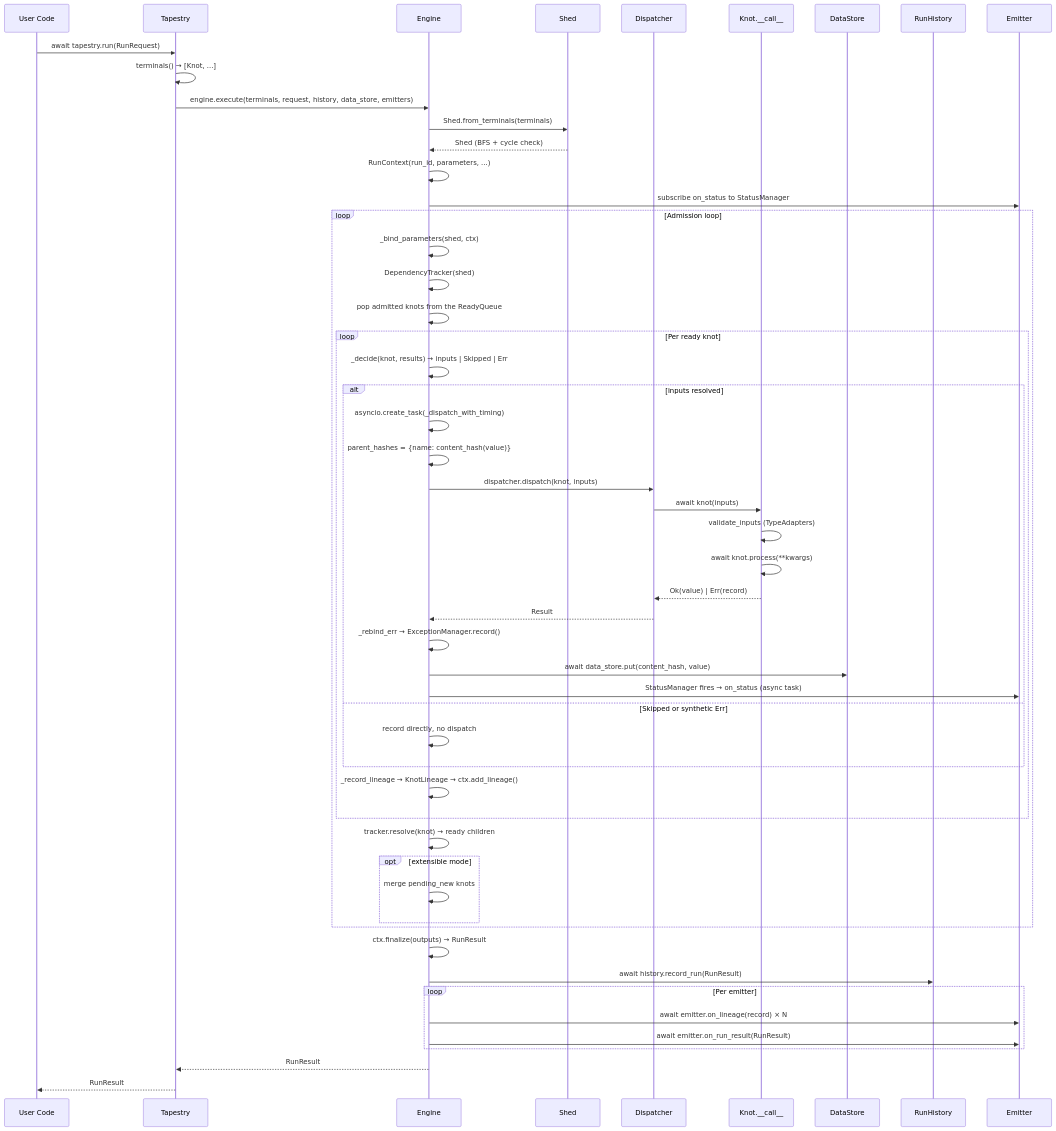
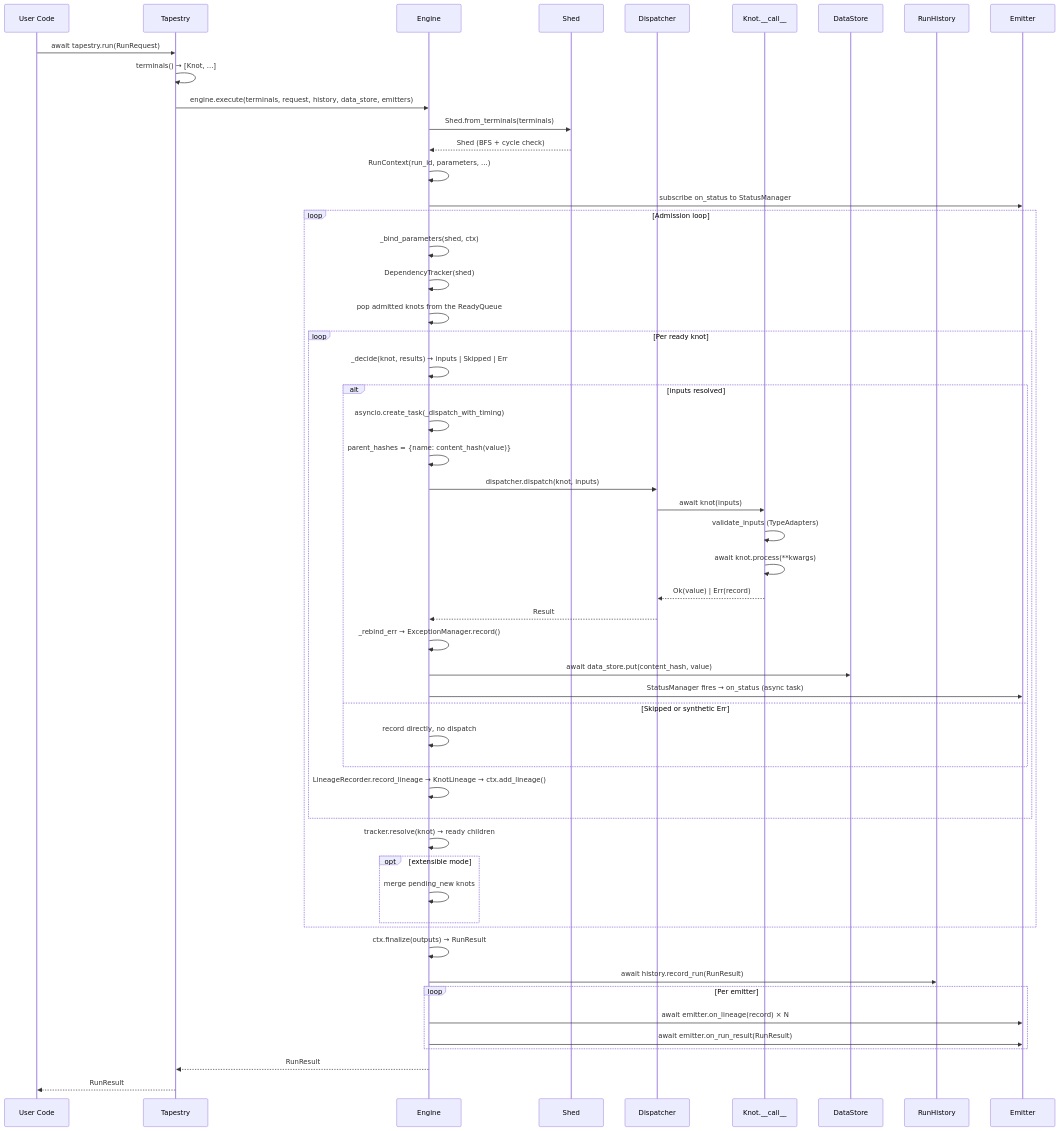
The second of 3 diagrams in docs/architecture.md (snoodleboot-io/pirn), drawn with Mermaid before and after one commit. The commit also changed other lines of this file and 8 other files, not shown here.

First line of the commit message:
refactor(core): extract LineageRecorder and EmitterFanout from Engine (PIR-856)

````diff
--- a/docs/architecture.md
+++ b/docs/architecture.md
@@ -1232,60 +1232,60 @@
 ```mermaid
 sequenceDiagram
     participant U as User Code
     participant T as Tapestry
     participant E as Engine
     participant S as Shed
     participant D as Dispatcher
     participant K as Knot.__call__
     participant DS as DataStore
     participant H as RunHistory
     participant EM as Emitter
 
     U->>T: await tapestry.run(RunRequest)
     T->>T: terminals() → [Knot, ...]
     T->>E: engine.execute(terminals, request, history, data_store, emitters)
     E->>S: Shed.from_terminals(terminals)
     S-->>E: Shed (BFS + cycle check)
     E->>E: RunContext(run_id, parameters, ...)
     E->>EM: subscribe on_status to StatusManager
 
     loop Admission loop
         E->>E: _bind_parameters(shed, ctx)
         E->>E: DependencyTracker(shed)
         E->>E: pop admitted knots from the ReadyQueue
 
         loop Per ready knot
             E->>E: _decide(knot, results) → inputs | Skipped | Err
             alt inputs resolved
                 E->>E: asyncio.create_task(_dispatch_with_timing)
                 E->>E: parent_hashes = {name: content_hash(value)}
                 E->>D: dispatcher.dispatch(knot, inputs)
                 D->>K: await knot(inputs)
                 K->>K: validate_inputs (TypeAdapters)
                 K->>K: await knot.process(**kwargs)
                 K-->>D: Ok(value) | Err(record)
                 D-->>E: Result
                 E->>E: _rebind_err → ExceptionManager.record()
                 E->>DS: await data_store.put(content_hash, value)
                 E->>EM: StatusManager fires → on_status (async task)
             else Skipped or synthetic Err
                 E->>E: record directly, no dispatch
             end
-            E->>E: _record_lineage → KnotLineage → ctx.add_lineage()
+            E->>E: LineageRecorder.record_lineage → KnotLineage → ctx.add_lineage()
         end
 
         E->>E: tracker.resolve(knot) → ready children
         opt extensible mode
             E->>E: merge pending_new knots
         end
     end
 
     E->>E: ctx.finalize(outputs) → RunResult
     E->>H: await history.record_run(RunResult)
     loop Per emitter
         E->>EM: await emitter.on_lineage(record) × N
         E->>EM: await emitter.on_run_result(RunResult)
     end
     E-->>T: RunResult
     T-->>U: RunResult
 ```
````
